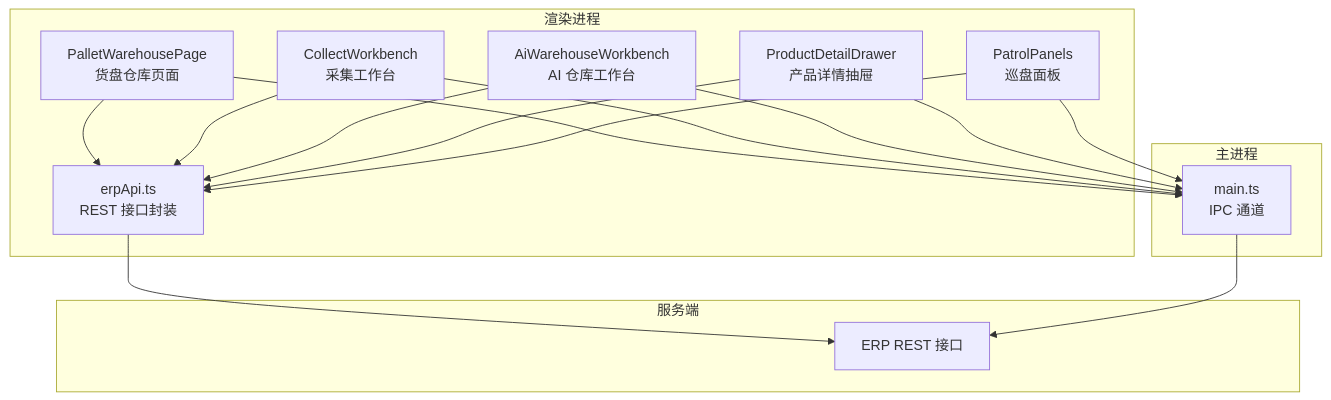
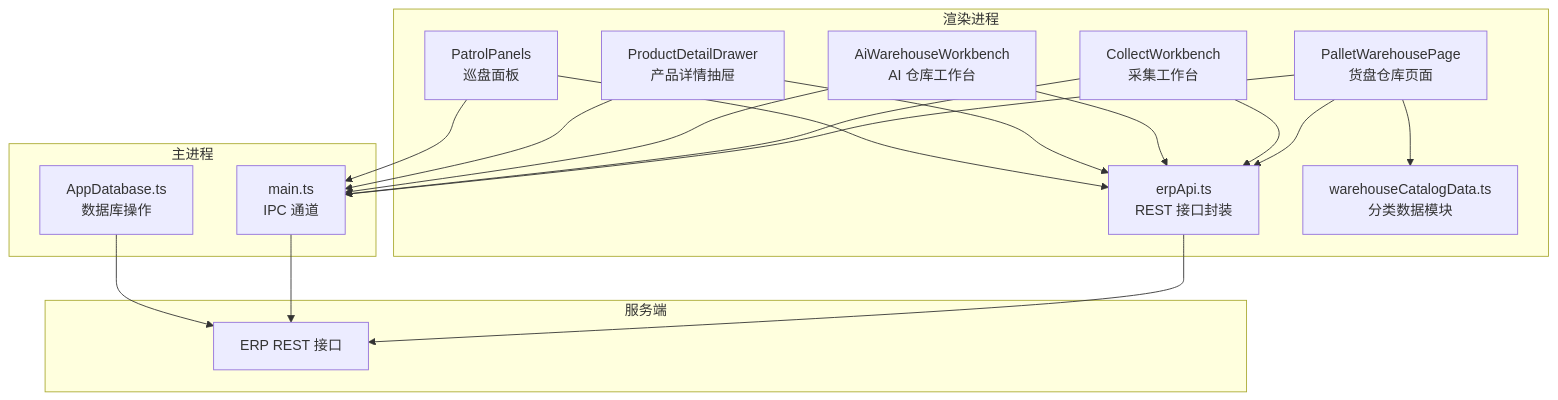
The first of 9 diagrams in .qoder/repowiki/zh/content/用户界面组件/托盘仓库管理界面.md (iljahofbauer219-lang/yandu), drawn with Mermaid before and after one commit. The commit also changed other lines of this file and 22 other files, not shown here.

````diff
--- a/.qoder/repowiki/zh/content/用户界面组件/托盘仓库管理界面.md
+++ b/.qoder/repowiki/zh/content/用户界面组件/托盘仓库管理界面.md
@@ -44,29 +57,33 @@
 ```mermaid
 graph TB
 subgraph "渲染进程"
 PWP["PalletWarehousePage<br/>货盘仓库页面"]
 CWB["CollectWorkbench<br/>采集工作台"]
 AWW["AiWarehouseWorkbench<br/>AI 仓库工作台"]
 PDD["ProductDetailDrawer<br/>产品详情抽屉"]
 PP["PatrolPanels<br/>巡盘面板"]
 API["erpApi.ts<br/>REST 接口封装"]
+WCD["warehouseCatalogData.ts<br/>分类数据模块"]
 end
 subgraph "主进程"
 MAIN["main.ts<br/>IPC 通道"]
+DB["AppDatabase.ts<br/>数据库操作"]
 end
 subgraph "服务端"
 REST["ERP REST 接口"]
 end
 PWP --> API
+PWP --> WCD
 CWB --> API
 AWW --> API
 PDD --> API
 PP --> API
 PWP --> MAIN
 CWB --> MAIN
 AWW --> MAIN
 PDD --> MAIN
 PP --> MAIN
 API --> REST
 MAIN --> REST
+DB --> REST
 ```
````
